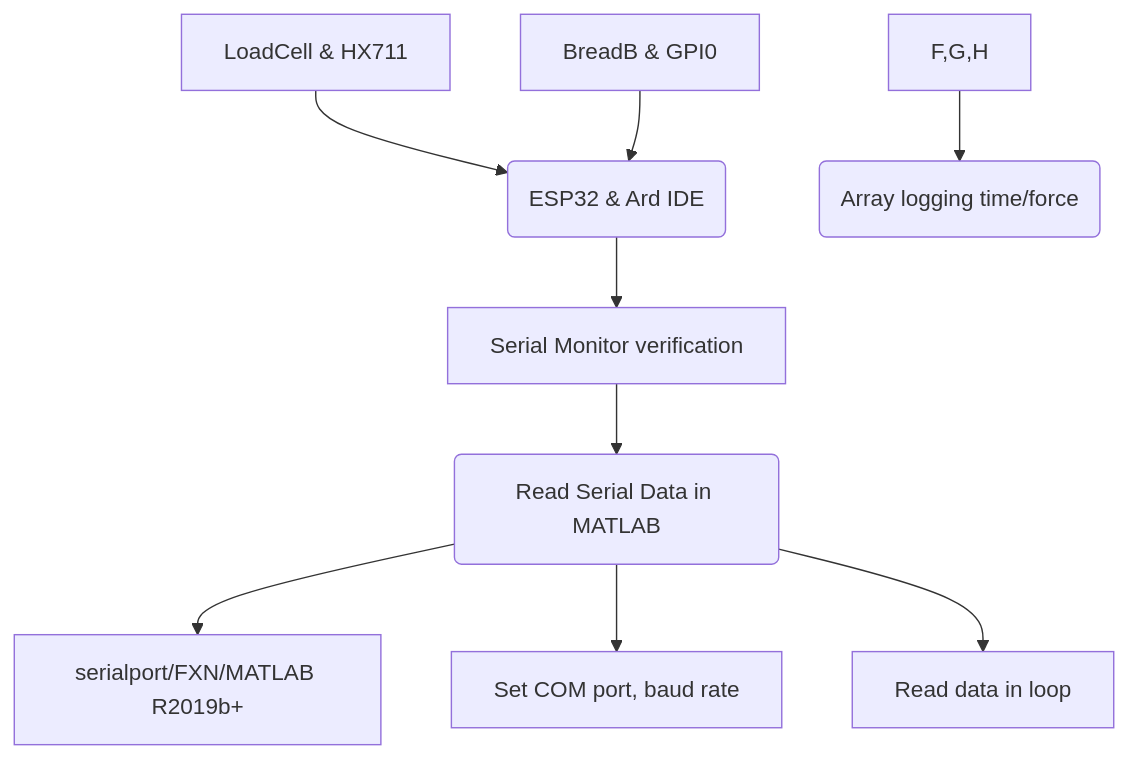
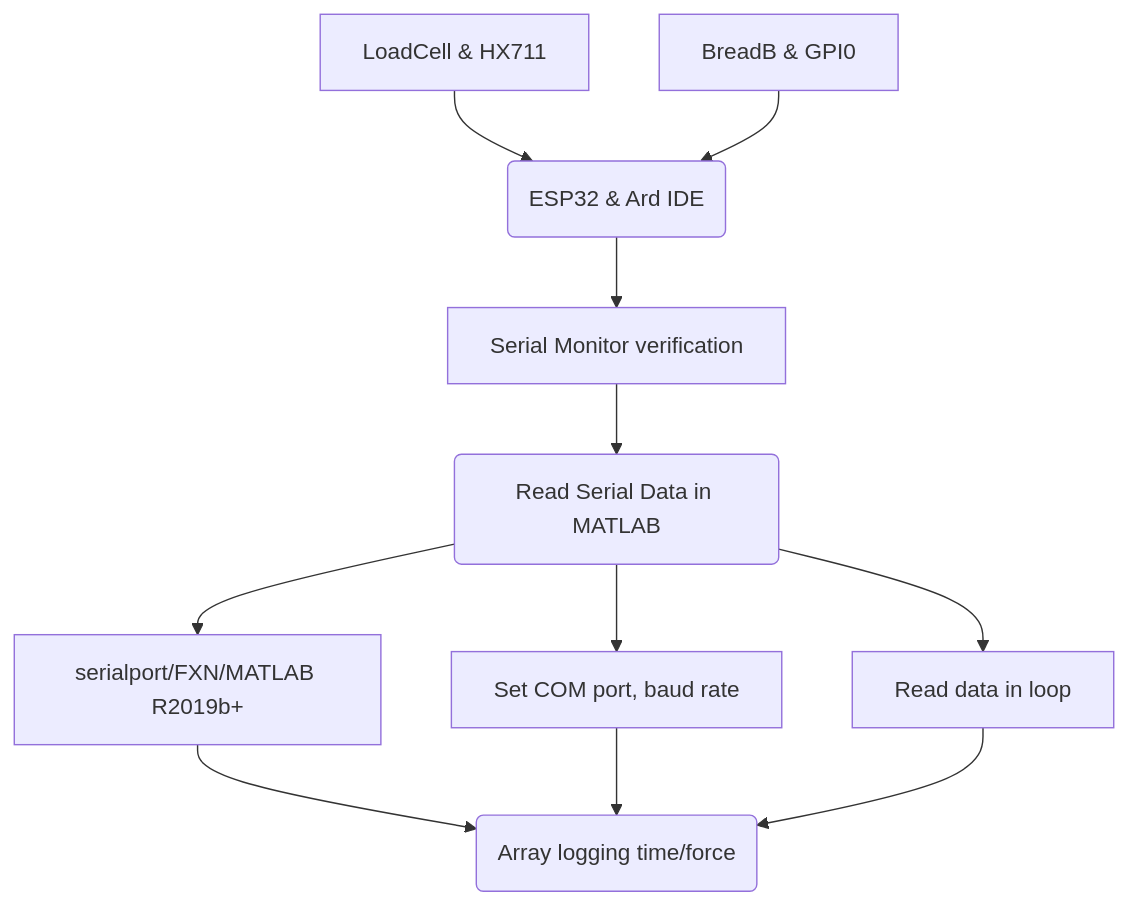
One commit to TF-141-0/IITKRaSET_axial_thrust-Load-cell_amp-plot changed the diagram in Project_Workflow.md. Above: the diagram before and after it, drawn with Mermaid.

````diff
--- a/Project_Workflow.md
+++ b/Project_Workflow.md
@@ -3,13 +3,14 @@
 ```mermaid
 flowchart TD
     B[LoadCell & HX711] --> C(ESP32 & Ard IDE)
     A[BreadB & GPI0] --> C
     C --> D[Serial Monitor verification]
     D --> E(Read Serial Data in MATLAB)
     E --> F[serialport/FXN/MATLAB R2019b+]
     E --> G[Set COM port, baud rate]
     E --> H[Read data in loop]
-    F,G,H --> I(Array logging time/force)
-    
+    F --> I(Array logging time/force)
+    G --> I
+    H --> I
    
   ```
````
